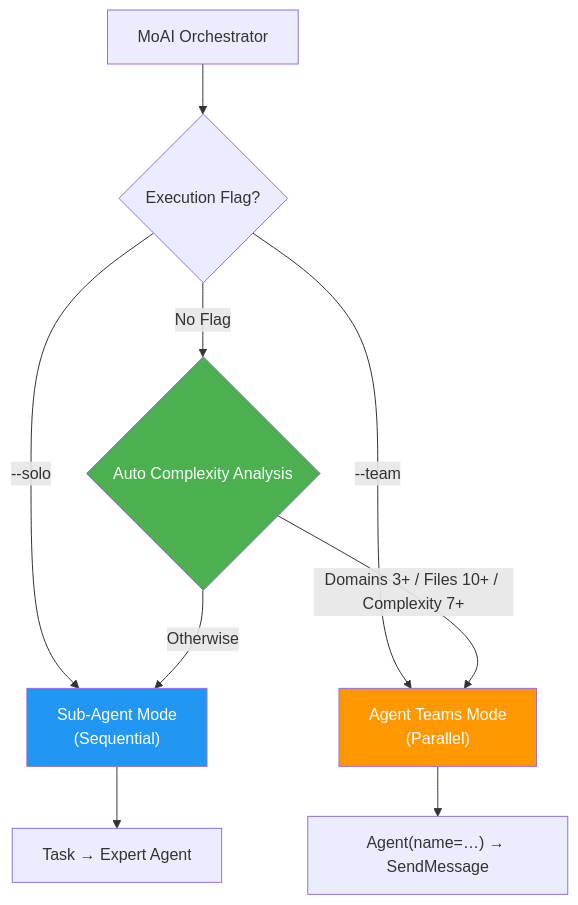
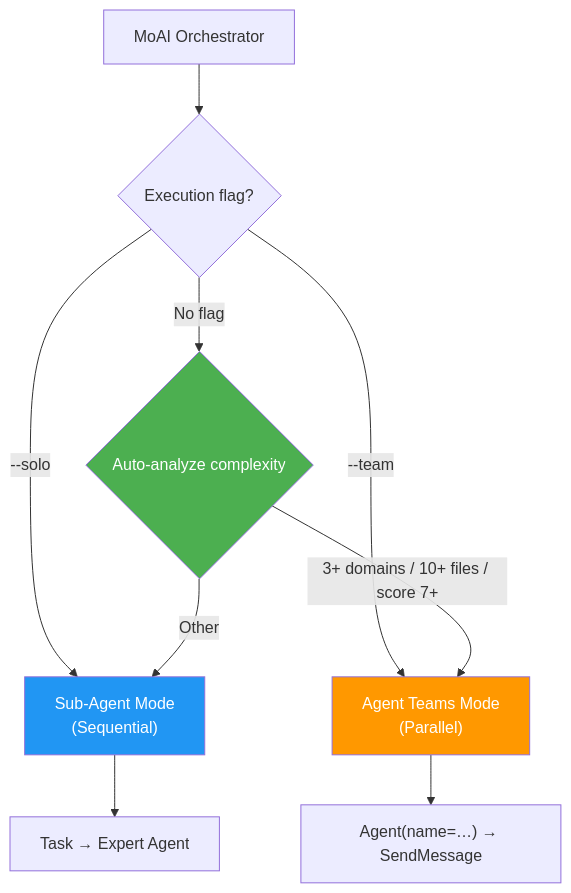
Before and after one commit to modu-ai/moai-adk: the second of 3 diagrams in docs-site/content/en/getting-started/introduction.md, drawn with Mermaid. The commit also changed other lines of this file and 4 other files, not shown here.

````diff
--- a/docs-site/content/en/getting-started/introduction.md
+++ b/docs-site/content/en/getting-started/introduction.md
@@ -200,17 +200,17 @@
 ```mermaid
 flowchart TD
-    A["MoAI Orchestrator"] --> B{"Execution Flag?"}
+    A["MoAI Orchestrator"] --> B{"Execution flag?"}
     B -->|"--solo"| C["Sub-Agent Mode<br/>(Sequential)"]
     B -->|"--team"| D["Agent Teams Mode<br/>(Parallel)"]
-    B -->|"No Flag"| E{"Auto Complexity Analysis"}
+    B -->|"No flag"| E{"Auto-analyze complexity"}
 
-    E -->|"Domains 3+ / Files 10+ / Complexity 7+"| D
-    E -->|"Otherwise"| C
+    E -->|"3+ domains / 10+ files / score 7+"| D
+    E -->|"Other"| C
 
     C --> F["Task → Expert Agent"]
     D --> G["Agent(name=…) → SendMessage"]
 
     style C fill:#2196F3,color:#fff
     style D fill:#FF9800,color:#fff
     style E fill:#4CAF50,color:#fff
 ```
````
